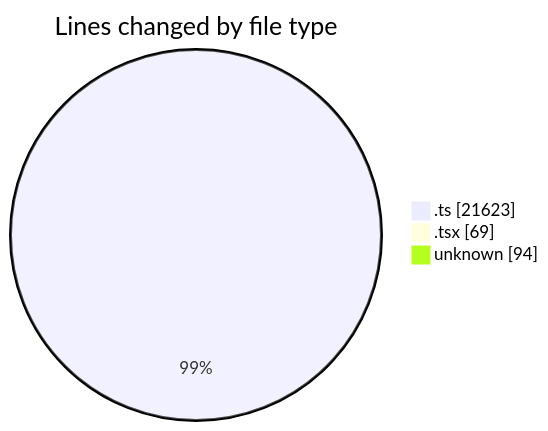
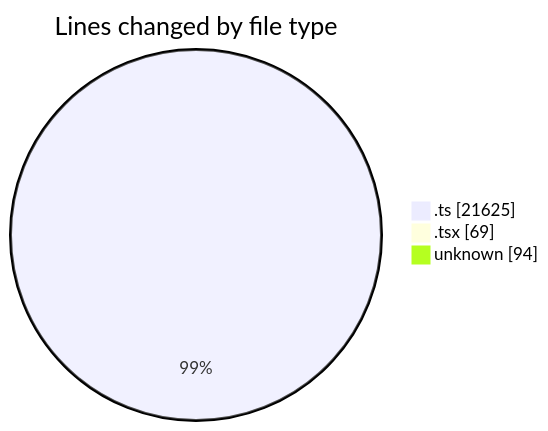
Before and after one commit to momahboobian/code-tracking: the first of 2 diagrams in 2025-09-11/cda/README.md, drawn with Mermaid. The commit also changed other lines of this file and 1 other file, not shown here.

````diff
--- a/2025-09-11/cda/README.md
+++ b/2025-09-11/cda/README.md
@@ -31,7 +31,7 @@
 ```mermaid
 pie showData
 title Lines changed by file type
-".ts" : 21623
+".ts" : 21625
 ".tsx" : 69
 "unknown" : 94
 ```
````
